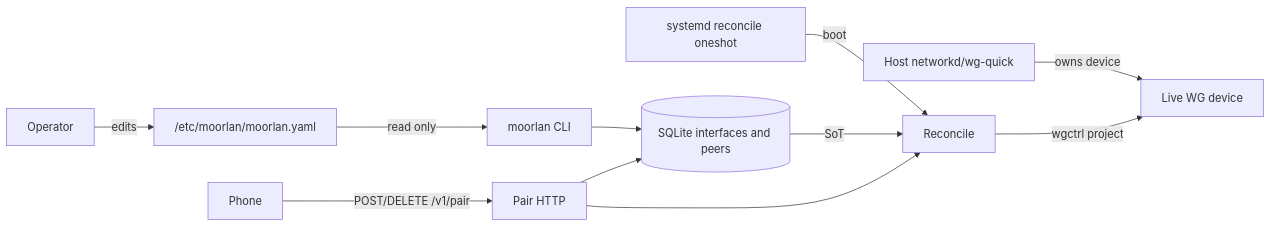
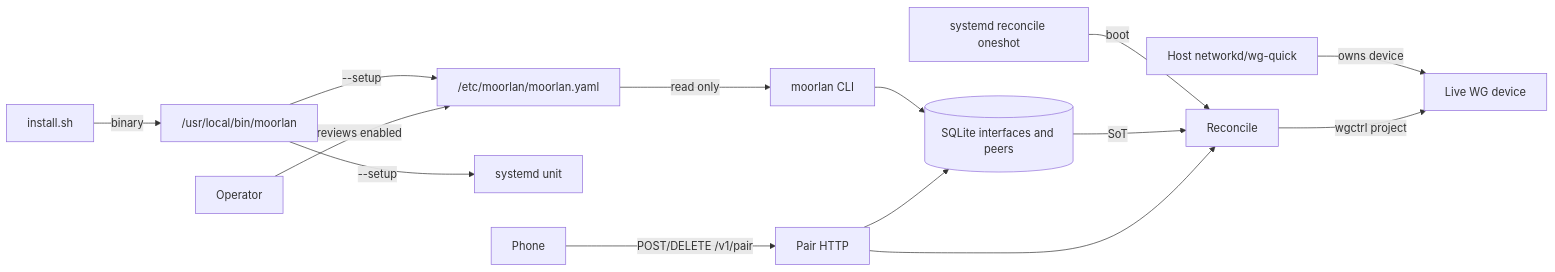
Before and after one commit to sumitgahoi/moorlan: the first of 2 diagrams in server/ARCHITECTURE.md, drawn with Mermaid. The commit also changed other lines of this file and 15 other files, not shown here.

First line of the commit message:
Add Tailscale-shaped install with --setup YAML discovery.

````diff
--- a/server/ARCHITECTURE.md
+++ b/server/ARCHITECTURE.md
@@ -20,13 +20,16 @@
 ```mermaid
 flowchart LR
-  operator[Operator] -->|edits| siteConf["/etc/moorlan/moorlan.yaml"]
+  install[install.sh] -->|binary| bin["/usr/local/bin/moorlan"]
+  bin -->|--setup| siteConf["/etc/moorlan/moorlan.yaml"]
+  bin -->|--setup| unitFile[systemd unit]
+  operator[Operator] -->|reviews enabled| siteConf
   host[Host networkd/wg-quick] -->|owns device| wgDev[Live WG device]
   siteConf -->|read only| cli[moorlan CLI]
   cli --> db[(SQLite interfaces and peers)]
   unit[systemd reconcile oneshot] -->|boot| reconcile[Reconcile]
   db -->|SoT| reconcile
   reconcile -->|wgctrl project| wgDev
   phone[Phone] -->|"POST/DELETE /v1/pair"| pairHTTP[Pair HTTP]
   pairHTTP --> db
   pairHTTP --> reconcile
 ```
````
